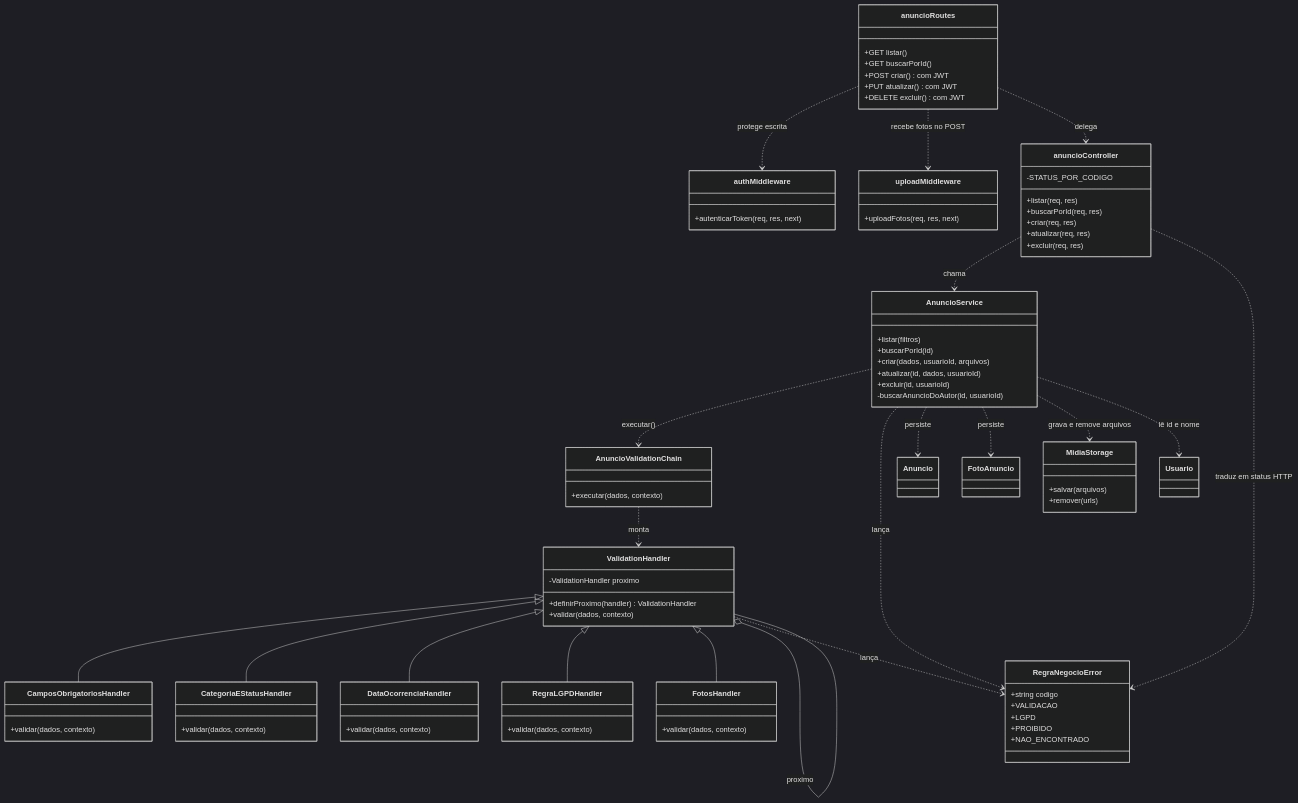
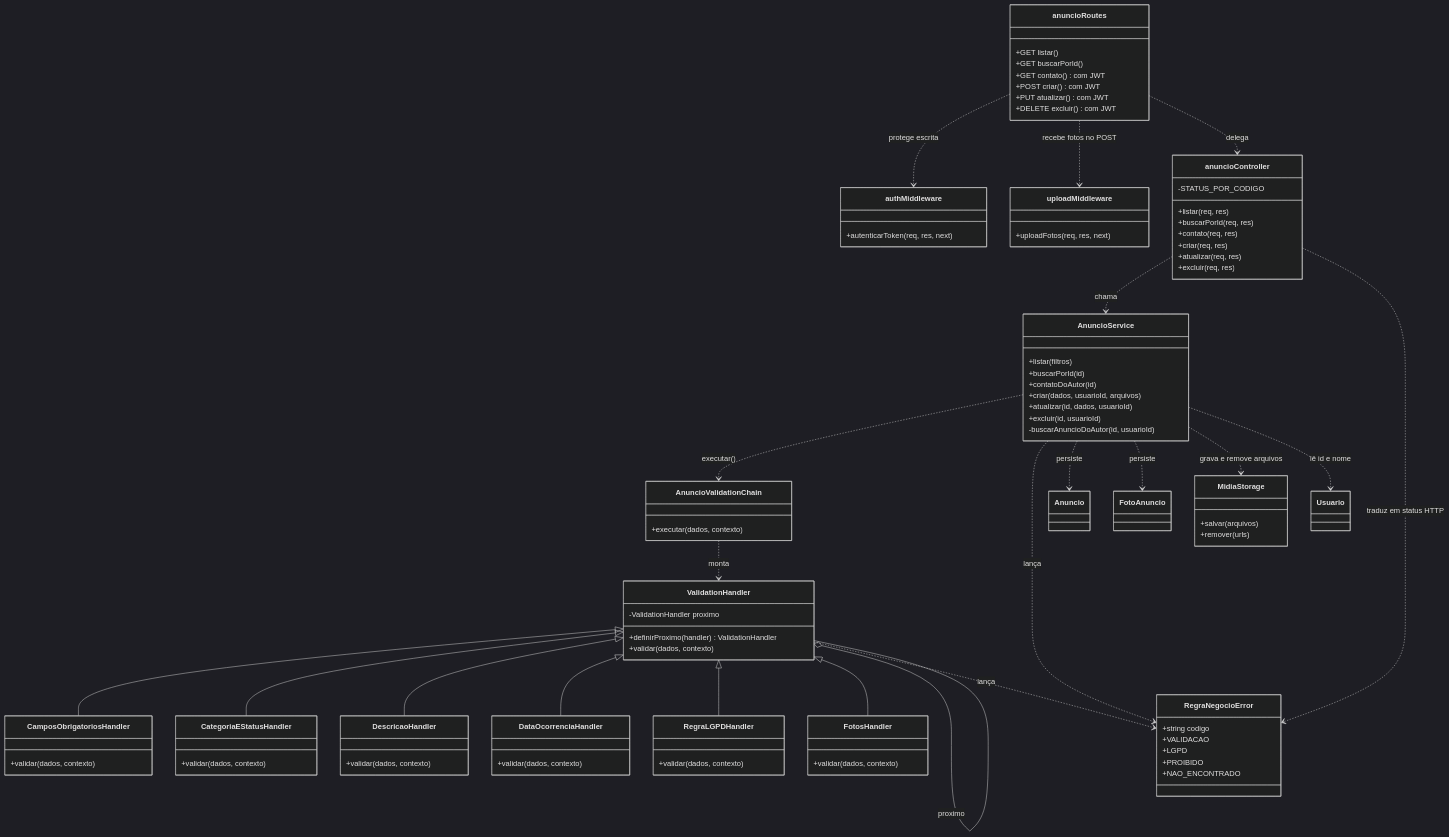
The seventh of 7 diagrams in docs/modelagem/modelagem.md (Matheus-Castro-Paula/Radar-UFLA), drawn with Mermaid (dark theme) before and after one commit. The commit also changed other lines of this file and 2 other files, not shown here.

First line of the commit message:
docs(modelagem): inclui DescricaoHandler e sequência de detalhes e contato

```diff
--- a/docs/modelagem/modelagem.md
+++ b/docs/modelagem/modelagem.md
@@ -341,6 +388,7 @@
     class anuncioRoutes {
         +GET listar()
         +GET buscarPorId()
+        +GET contato() com JWT
         +POST criar() com JWT
         +PUT atualizar() com JWT
         +DELETE excluir() com JWT
@@ -349,6 +397,7 @@
         -STATUS_POR_CODIGO
         +listar(req, res)
         +buscarPorId(req, res)
+        +contato(req, res)
         +criar(req, res)
         +atualizar(req, res)
         +excluir(req, res)
@@ -356,6 +405,7 @@
     class AnuncioService {
         +listar(filtros)
         +buscarPorId(id)
+        +contatoDoAutor(id)
         +criar(dados, usuarioId, arquivos)
         +atualizar(id, dados, usuarioId)
         +excluir(id, usuarioId)
@@ -373,6 +423,9 @@
         +validar(dados, contexto)
     }
     class CategoriaEStatusHandler {
+        +validar(dados, contexto)
+    }
+    class DescricaoHandler {
         +validar(dados, contexto)
     }
     class DataOcorrenciaHandler {
@@ -411,6 +464,7 @@
     AnuncioValidationChain ..> ValidationHandler : monta
     ValidationHandler <|-- CamposObrigatoriosHandler
     ValidationHandler <|-- CategoriaEStatusHandler
+    ValidationHandler <|-- DescricaoHandler
     ValidationHandler <|-- DataOcorrenciaHandler
     ValidationHandler <|-- RegraLGPDHandler
     ValidationHandler <|-- FotosHandler
```
